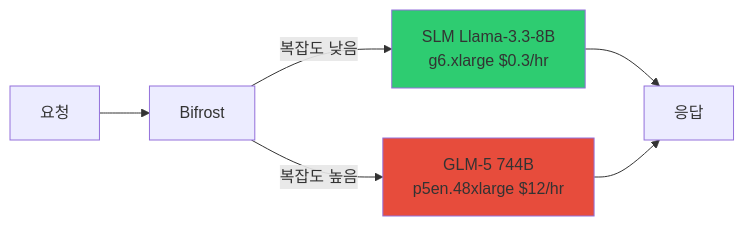
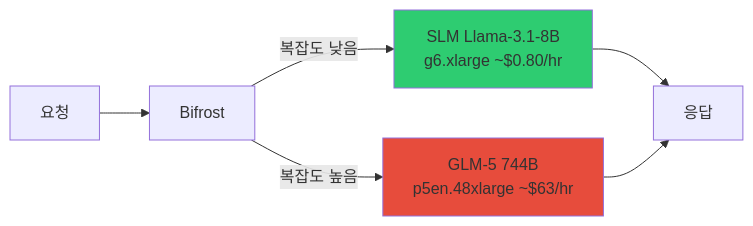
The third of 4 diagrams in docs/agentic-ai-platform/reference-architecture/model-lifecycle/custom-model-pipeline.md (devfloor9/engineering-playbook), drawn with Mermaid before and after one commit. The commit also changed other lines of this file and 5 other files, not shown here.

````diff
--- a/docs/agentic-ai-platform/reference-architecture/model-lifecycle/custom-model-pipeline.md
+++ b/docs/agentic-ai-platform/reference-architecture/model-lifecycle/custom-model-pipeline.md
@@ -324,11 +324,11 @@
 ```mermaid
 graph LR
     Req[요청] --> BF[Bifrost]
-    BF -->|복잡도 낮음| SLM[SLM Llama-3.3-8B<br/>g6.xlarge $0.3/hr]
-    BF -->|복잡도 높음| LLM[GLM-5 744B<br/>p5en.48xlarge $12/hr]
+    BF -->|복잡도 낮음| SLM[SLM Llama-3.1-8B<br/>g6.xlarge ~$0.80/hr]
+    BF -->|복잡도 높음| LLM[GLM-5 744B<br/>p5en.48xlarge ~$63/hr]
     SLM --> Resp[응답]
     LLM --> Resp
     
     style SLM fill:#2ecc71
     style LLM fill:#e74c3c
 ```
````
